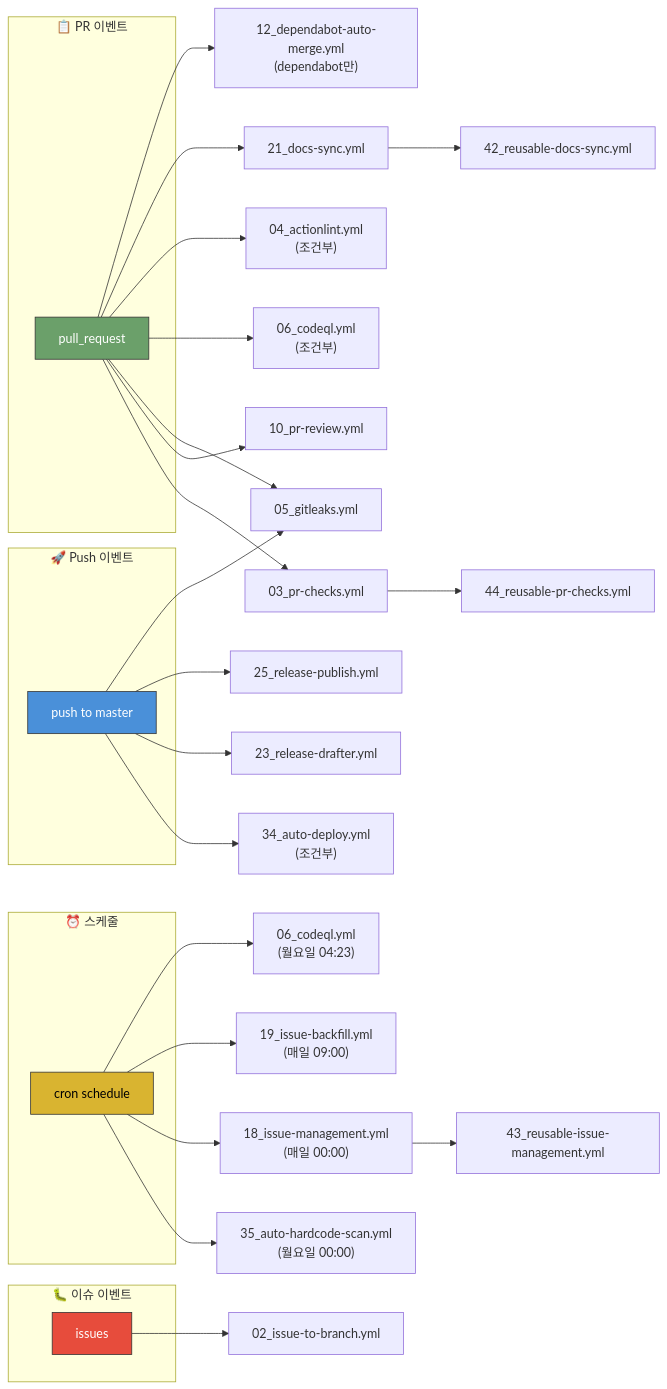
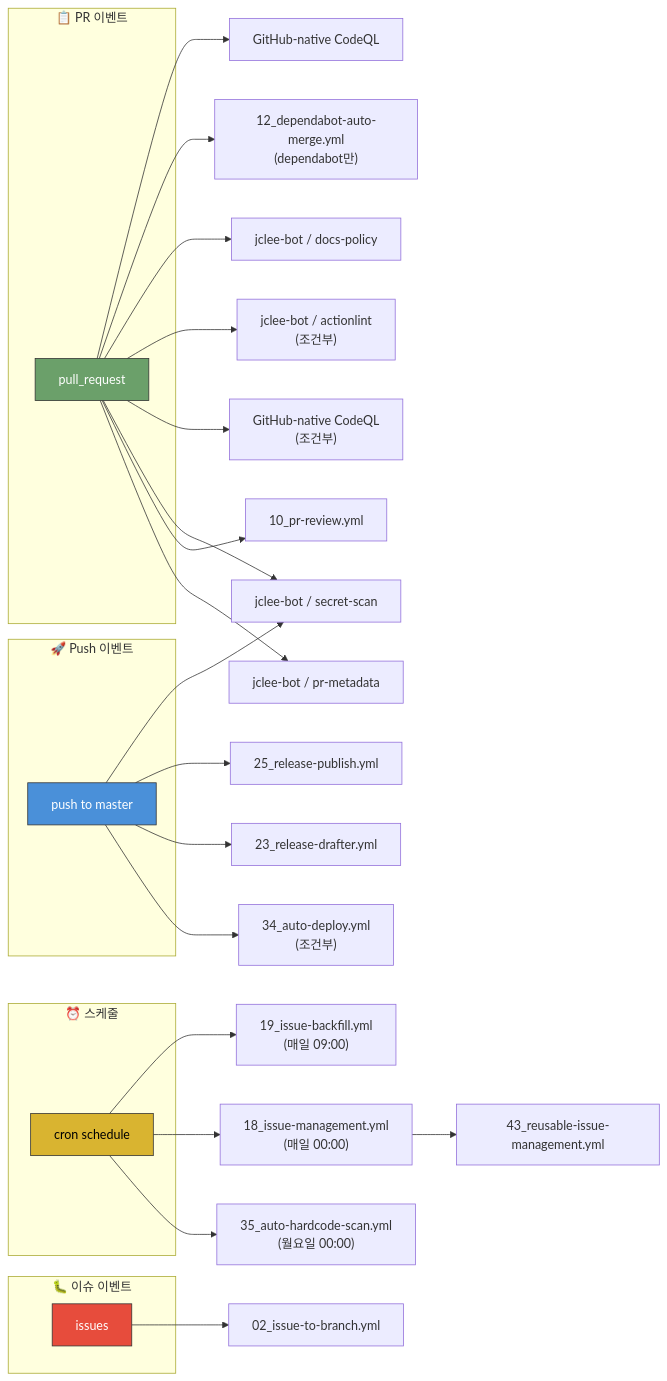
One commit to jclee941/.github changed the seventh of 10 diagrams in docs/architecture.md. Above: the diagram before and after it, drawn with Mermaid. The commit also changed other lines of this file and 19 other files, not shown here.

Commit message:
feat(app): move docs policy checks into jclee-bot

````diff
--- a/docs/architecture.md
+++ b/docs/architecture.md
@@ -310,47 +307,45 @@
 ```mermaid
 flowchart LR
     subgraph PR_Events["📋 PR 이벤트"]
         PR["pull_request"]
     end
     
     subgraph Push_Events["🚀 Push 이벤트"]
         PUSH["push to master"]
     end
     
     subgraph Schedule_Events["⏰ 스케줄"]
         CRON["cron schedule"]
     end
     
     subgraph Issue_Events["🐛 이슈 이벤트"]
         ISSUE["issues"]
     end
     
-    PR --> PR_CHECK["03_pr-checks.yml"]
+    PR --> PR_CHECK["jclee-bot / pr-metadata"]
     PR --> PR_REVIEW["10_pr-review.yml"]
-    PR --> GITLEAKS["05_gitleaks.yml"]
-    PR --> CODEQL["06_codeql.yml<br/>(조건부)"]
-    PR --> ACTIONLINT["04_actionlint.yml<br/>(조건부)"]
-    PR --> DOCS["21_docs-sync.yml"]
+    PR --> GITLEAKS["jclee-bot / secret-scan"]
+    PR --> CODEQL["GitHub-native CodeQL<br/>(조건부)"]
+    PR --> ACTIONLINT["jclee-bot / actionlint<br/>(조건부)"]
+    PR --> DOCS["jclee-bot / docs-policy"]
     PR --> DEPENDABOT["12_dependabot-auto-merge.yml<br/>(dependabot만)"]
     
     PUSH --> AUTO_DEPLOY["34_auto-deploy.yml<br/>(조건부)"]
     PUSH --> RELEASE_D["23_release-drafter.yml"]
     PUSH --> RELEASE_P["25_release-publish.yml"]
     PUSH --> GITLEAKS
     
     CRON --> HARDSCAN["35_auto-hardcode-scan.yml<br/>(월요일 00:00)"]
     CRON --> ISSUE_MGMT["18_issue-management.yml<br/>(매일 00:00)"]
     CRON --> ISSUE_BACK["19_issue-backfill.yml<br/>(매일 09:00)"]
-    CRON --> CODEQL_S["06_codeql.yml<br/>(월요일 04:23)"]
+    PR --> CODEQL_S["GitHub-native CodeQL"]
     
     ISSUE --> ISSUE_BRANCH["02_issue-to-branch.yml"]
     
-    PR_CHECK --> REUSABLE1["44_reusable-pr-checks.yml"]
-    DOCS --> REUSABLE2["42_reusable-docs-sync.yml"]
     ISSUE_MGMT --> REUSABLE3["43_reusable-issue-management.yml"]
     
     style PR fill:#6ba06a,stroke:#333,color:#fff
     style PUSH fill:#4a90d9,stroke:#333,color:#fff
     style CRON fill:#d9b430,stroke:#333,color:#000
     style ISSUE fill:#e74c3c,stroke:#333,color:#fff
 ```
````
